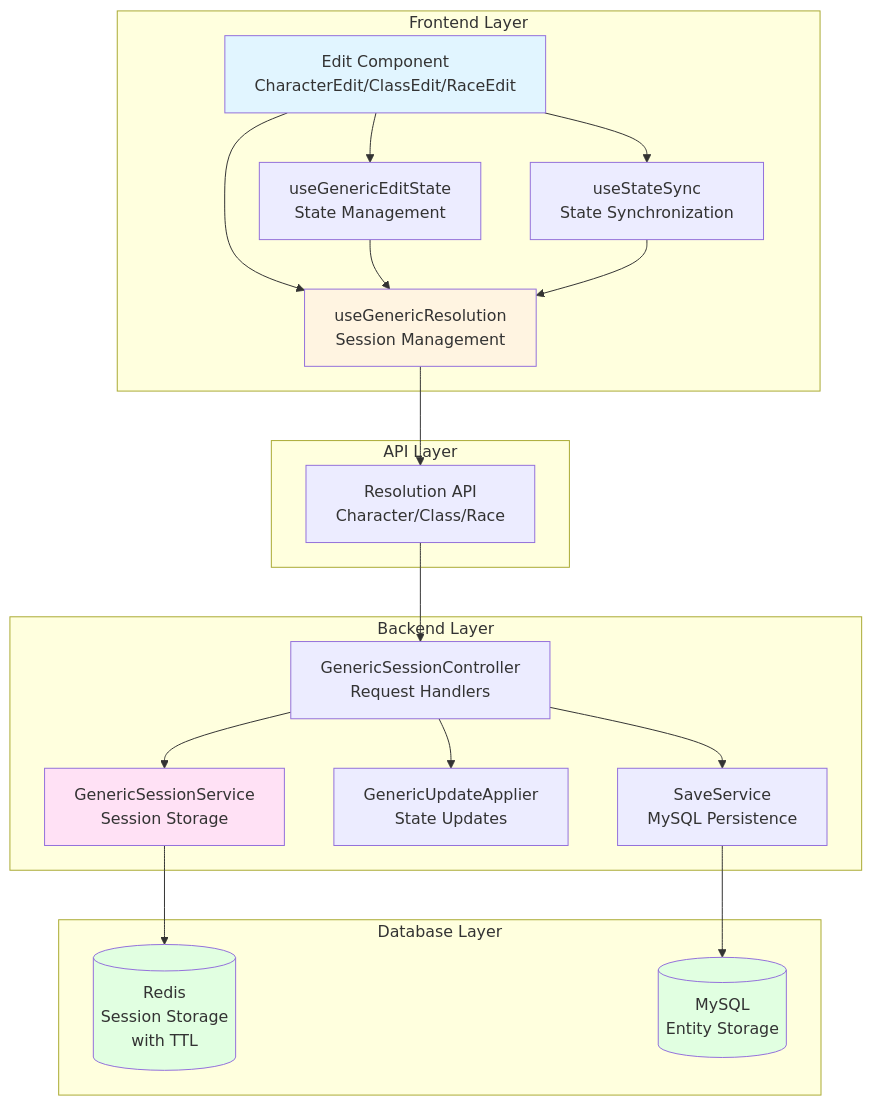
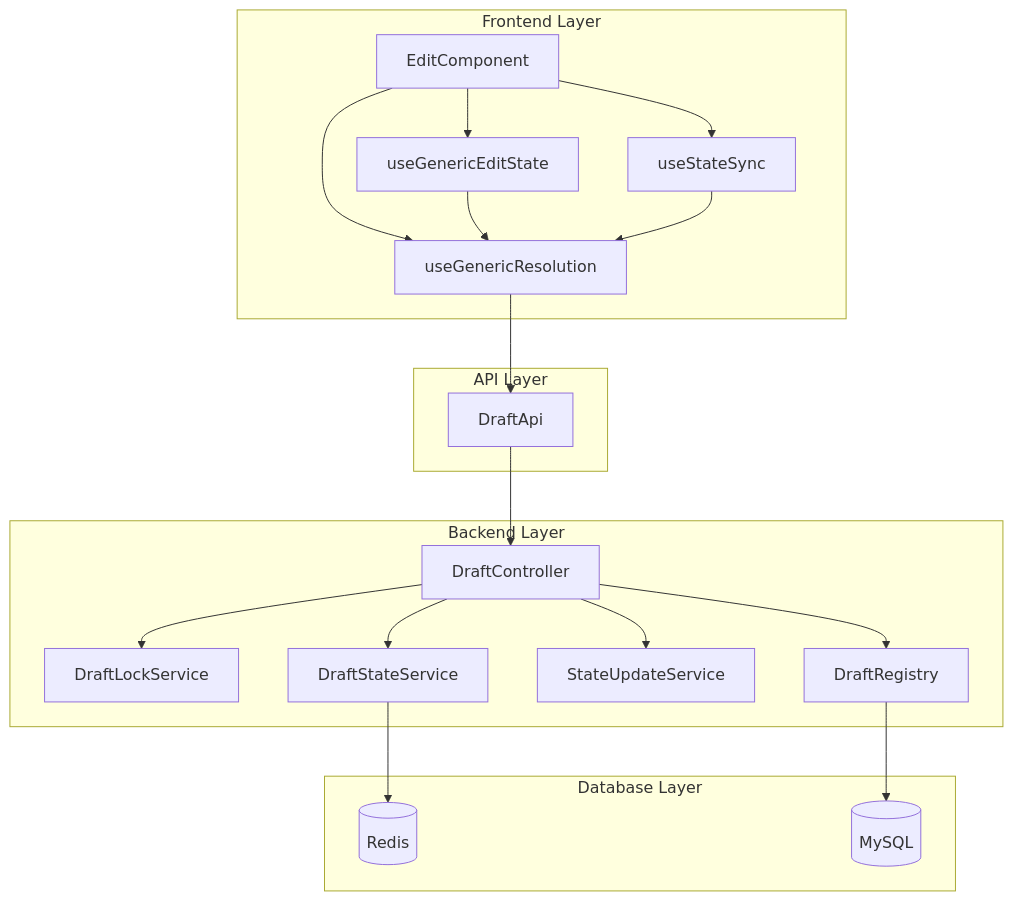
Before and after one commit to Cezero/dnd_tools: the first of 3 diagrams in packages/shared/docs/application-overview/session-state-management.md, drawn with Mermaid. The commit also changed other lines of this file and 84 other files, not shown here.

````diff
--- a/packages/shared/docs/application-overview/session-state-management.md
+++ b/packages/shared/docs/application-overview/session-state-management.md
@@ -15,44 +15,40 @@
 ```mermaid
 graph TB
     subgraph Frontend["Frontend Layer"]
-        EditComponent[Edit Component<br/>CharacterEdit/ClassEdit/RaceEdit]
-        EditStateHook[useGenericEditState<br/>State Management]
-        ResolutionHook[useGenericResolution<br/>Session Management]
-        SyncUtils[useStateSync<br/>State Synchronization]
+        EditComponent[EditComponent]
+        EditStateHook[useGenericEditState]
+        ResolutionHook[useGenericResolution]
+        SyncUtils[useStateSync]
     end
     
     subgraph API["API Layer"]
-        ResolutionApi[Resolution API<br/>Character/Class/Race]
+        DraftApi[DraftApi]
     end
     
     subgraph Backend["Backend Layer"]
-        SessionController[GenericSessionController<br/>Request Handlers]
-        SessionService[GenericSessionService<br/>Session Storage]
-        UpdateApplier[GenericUpdateApplier<br/>State Updates]
-        SaveService[SaveService<br/>MySQL Persistence]
+        DraftController[DraftController]
+        DraftLockService[DraftLockService]
+        DraftStateService[DraftStateService]
+        StateUpdateService[StateUpdateService]
+        DraftRegistry[DraftRegistry]
     end
     
     subgraph Database["Database Layer"]
-        Redis[(Redis<br/>Session Storage<br/>with TTL)]
-        MySQL[(MySQL<br/>Entity Storage)]
+        Redis[(Redis)]
+        MySQL[(MySQL)]
     end
     
     EditComponent --> EditStateHook
     EditComponent --> ResolutionHook
     EditComponent --> SyncUtils
     EditStateHook --> ResolutionHook
     SyncUtils --> ResolutionHook
-    ResolutionHook --> ResolutionApi
-    ResolutionApi --> SessionController
-    SessionController --> SessionService
-    SessionController --> UpdateApplier
-    SessionController --> SaveService
-    SessionService --> Redis
-    SaveService --> MySQL
-    
-    style EditComponent fill:#e1f5ff
-    style ResolutionHook fill:#fff4e1
-    style SessionService fill:#ffe1f5
-    style Redis fill:#e1ffe1
-    style MySQL fill:#e1ffe1
+    ResolutionHook --> DraftApi
+    DraftApi --> DraftController
+    DraftController --> DraftLockService
+    DraftController --> DraftStateService
+    DraftController --> StateUpdateService
+    DraftController --> DraftRegistry
+    DraftStateService --> Redis
+    DraftRegistry --> MySQL
 ```
````
